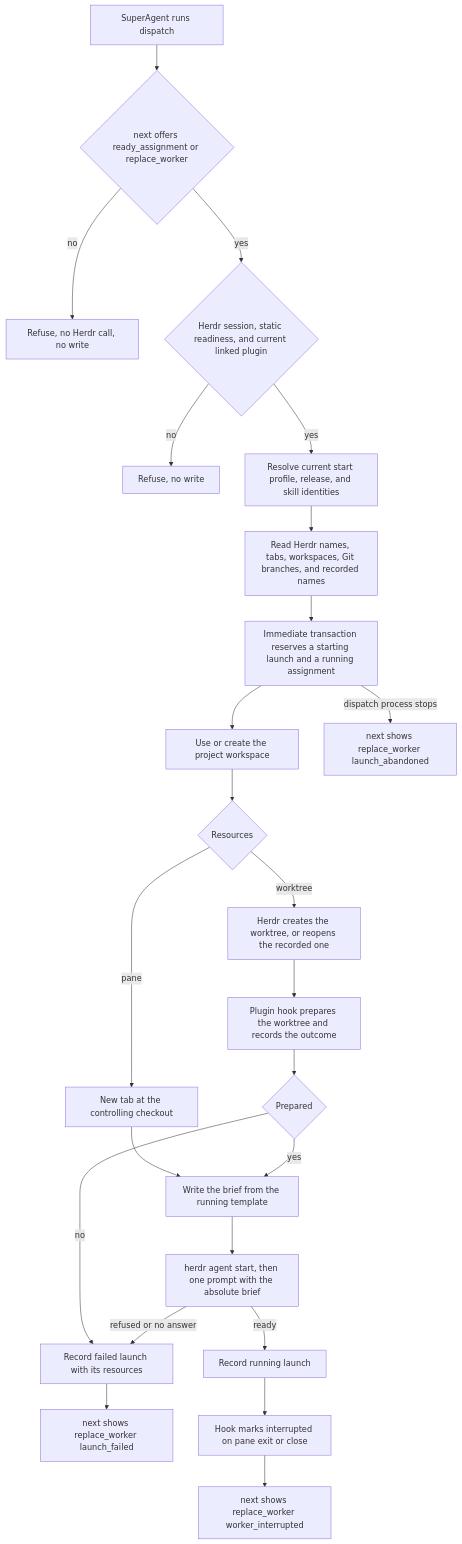
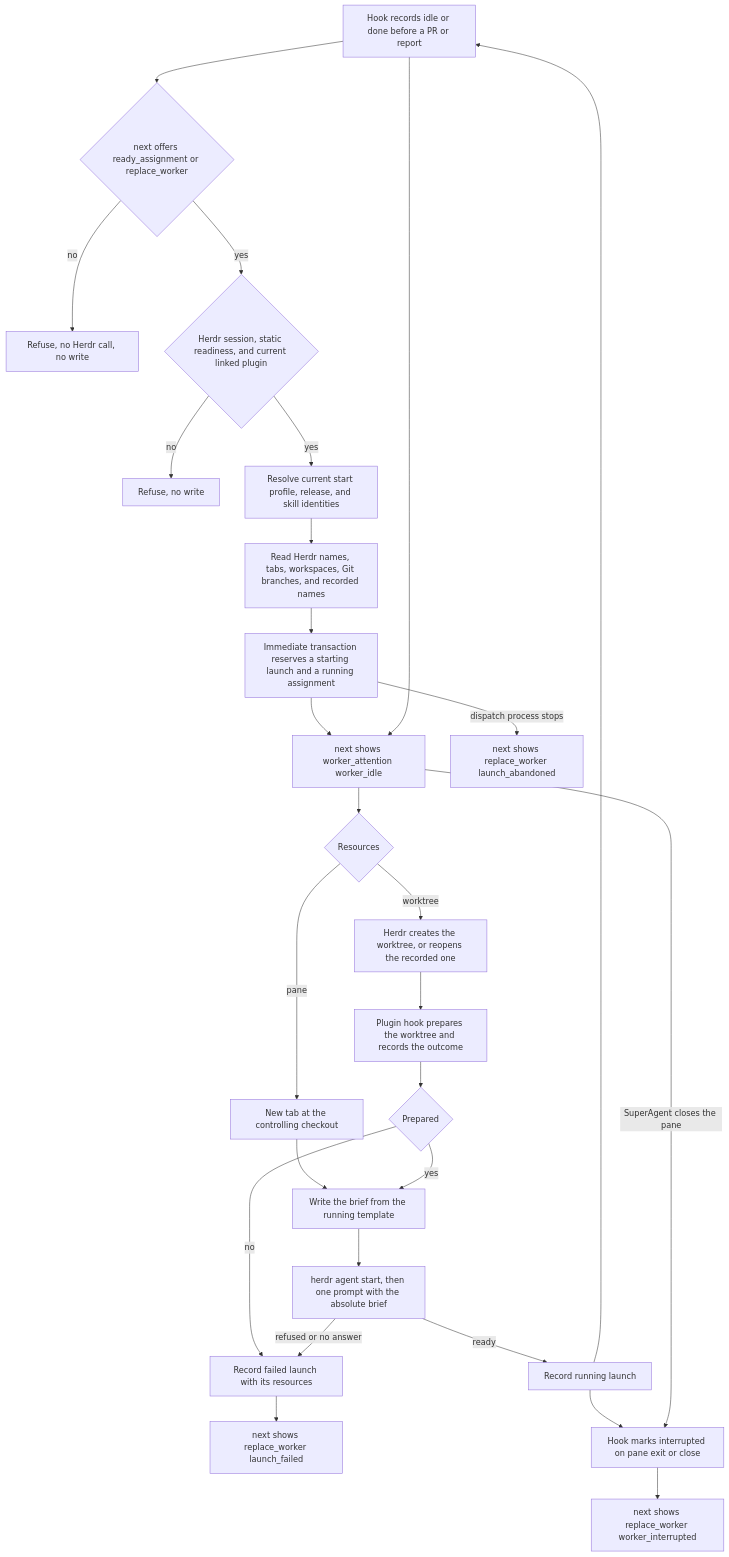
One commit to fveracoechea/operator changed the diagram in docs/implementation/247-dispatch.md. Above: the diagram before and after it, drawn with Mermaid. The commit also changed other lines of this file and 10 other files, not shown here.

First line of the commit message:
fix(next): show idle workers with no PR or report as worker attention (#170)

````diff
--- a/docs/implementation/247-dispatch.md
+++ b/docs/implementation/247-dispatch.md
@@ -31,26 +31,29 @@
 ```mermaid
 flowchart TD
     S[SuperAgent runs dispatch] --> F{next offers ready_assignment or replace_worker}
     F -->|no| R1[Refuse, no Herdr call, no write]
     F -->|yes| C{Herdr session, static readiness, and current linked plugin}
     C -->|no| R2[Refuse, no write]
     C -->|yes| P[Resolve current start profile, release, and skill identities]
     P --> N[Read Herdr names, tabs, workspaces, Git branches, and recorded names]
     N --> T[Immediate transaction reserves a starting launch and a running assignment]
     T --> W[Use or create the project workspace]
     W --> K{Resources}
     K -->|pane| B[New tab at the controlling checkout]
     K -->|worktree| G[Herdr creates the worktree, or reopens the recorded one]
     G --> H[Plugin hook prepares the worktree and records the outcome]
     H --> J{Prepared}
     J -->|no| X[Record failed launch with its resources]
     B --> Q[Write the brief from the running template]
     J -->|yes| Q
     Q --> A[herdr agent start, then one prompt with the absolute brief]
     A -->|refused or no answer| X
     A -->|ready| U[Record running launch]
     X --> V[next shows replace_worker launch_failed]
     T -->|dispatch process stops| Y[next shows replace_worker launch_abandoned]
     U --> E[Hook marks interrupted on pane exit or close]
     E --> I[next shows replace_worker worker_interrupted]
+    U --> S[Hook records idle or done before a PR or report]
+    S --> W[next shows worker_attention worker_idle]
+    W -->|SuperAgent closes the pane| E
 ```
````
